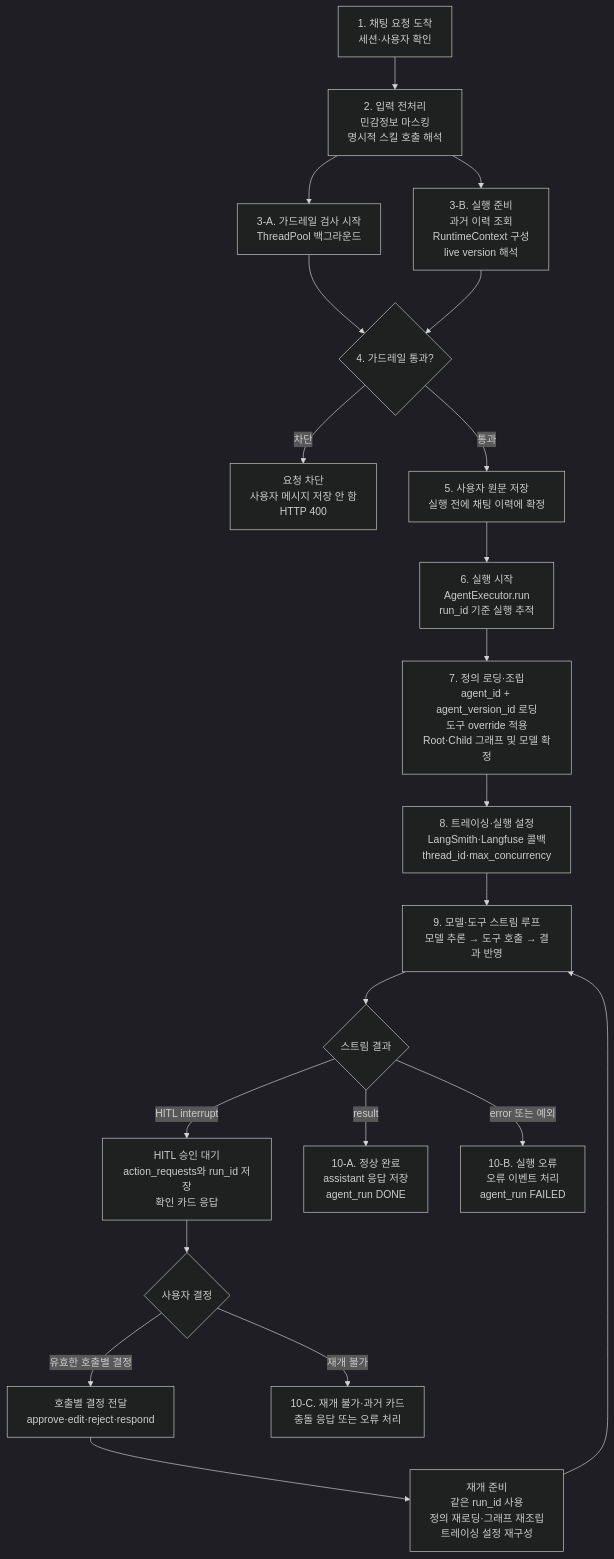
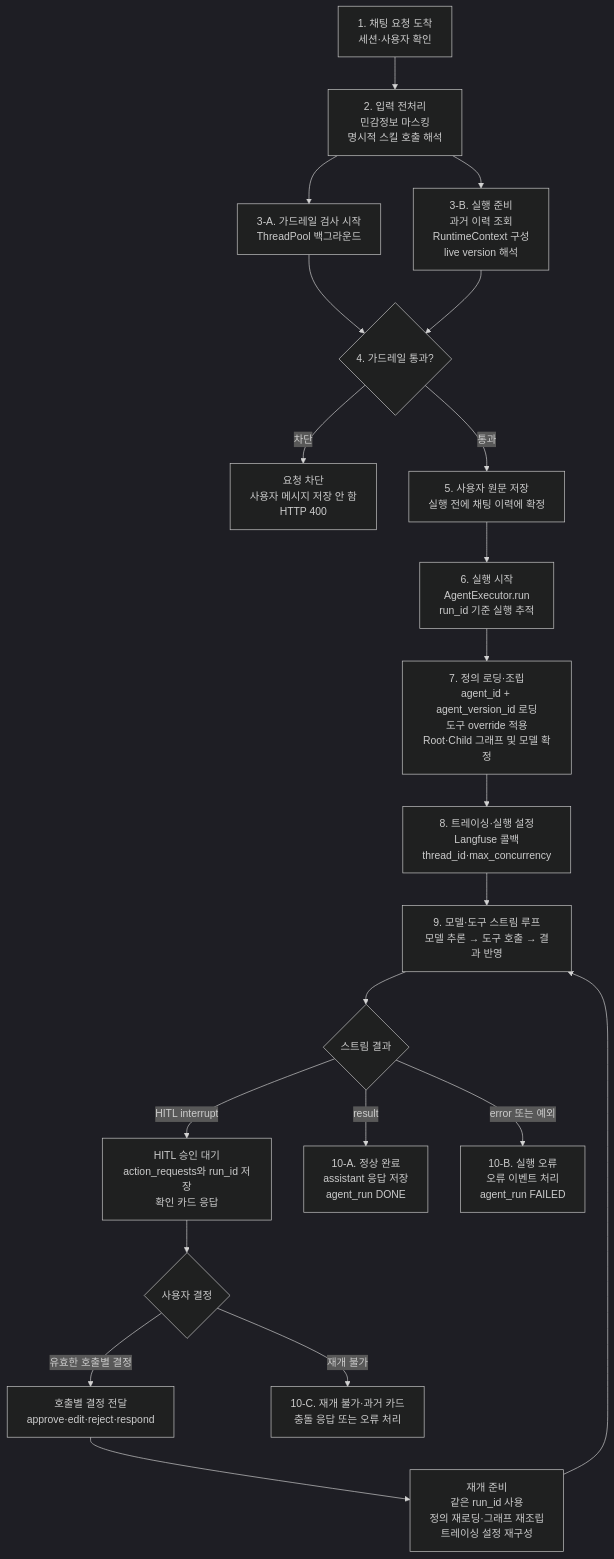
The diagram in docs/설계 및 구현/3_중간발표 이후/작업기록/Jihun_Deep_Agents/01_실행_흐름_10단계_순서도.md (SKNETWORKS-FAMILY-AICAMP/SKN29-FINAL-2TEAM), drawn with Mermaid (dark theme) before and after one commit. The commit also changed other lines of this file and 5 other files, not shown here.

````diff
--- a/docs/설계 및 구현/3_중간발표 이후/작업기록/Jihun_Deep_Agents/01_실행_흐름_10단계_순서도.md
+++ b/docs/설계 및 구현/3_중간발표 이후/작업기록/Jihun_Deep_Agents/01_실행_흐름_10단계_순서도.md
@@ -24,58 +24,58 @@
 ```mermaid
 flowchart TD
     A["1. 채팅 요청 도착<br/>세션·사용자 확인"]
 
     B["2. 입력 전처리<br/>민감정보 마스킹<br/>명시적 스킬 호출 해석"]
 
     C1["3-A. 가드레일 검사 시작<br/>ThreadPool 백그라운드"]
     C2["3-B. 실행 준비<br/>과거 이력 조회<br/>RuntimeContext 구성<br/>live version 해석"]
 
     D{"4. 가드레일 통과?"}
     DBLOCK["요청 차단<br/>사용자 메시지 저장 안 함<br/>HTTP 400"]
 
     E["5. 사용자 원문 저장<br/>실행 전에 채팅 이력에 확정"]
 
     F["6. 실행 시작<br/>AgentExecutor.run<br/>run_id 기준 실행 추적"]
 
     G["7. 정의 로딩·조립<br/>agent_id + agent_version_id 로딩<br/>도구 override 적용<br/>Root·Child 그래프 및 모델 확정"]
 
-    H["8. 트레이싱·실행 설정<br/>LangSmith·Langfuse 콜백<br/>thread_id·max_concurrency"]
+    H["8. 트레이싱·실행 설정<br/>Langfuse 콜백<br/>thread_id·max_concurrency"]
 
     I["9. 모델·도구 스트림 루프<br/>모델 추론 → 도구 호출 → 결과 반영"]
 
     J{"스트림 결과"}
 
     K["HITL 승인 대기<br/>action_requests와 run_id 저장<br/>확인 카드 응답"]
     L{"사용자 결정"}
     M["재개 준비<br/>같은 run_id 사용<br/>정의 재로딩·그래프 재조립<br/>트레이싱 설정 재구성"]
     N["호출별 결정 전달<br/>approve·edit·reject·respond"]
 
     O["10-A. 정상 완료<br/>assistant 응답 저장<br/>agent_run DONE"]
     P["10-B. 실행 오류<br/>오류 이벤트 처리<br/>agent_run FAILED"]
     Q["10-C. 재개 불가·과거 카드<br/>충돌 응답 또는 오류 처리"]
 
     A --> B
     B --> C1
     B --> C2
     C1 --> D
     C2 --> D
 
     D -->|차단| DBLOCK
     D -->|통과| E
 
     E --> F
     F --> G
     G --> H
     H --> I
     I --> J
 
     J -->|result| O
     J -->|error 또는 예외| P
     J -->|HITL interrupt| K
 
     K --> L
     L -->|유효한 호출별 결정| N
     L -->|재개 불가| Q
     N --> M
     M --> I
 ```
````
